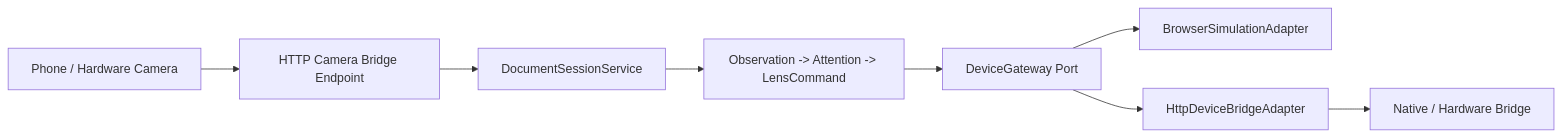
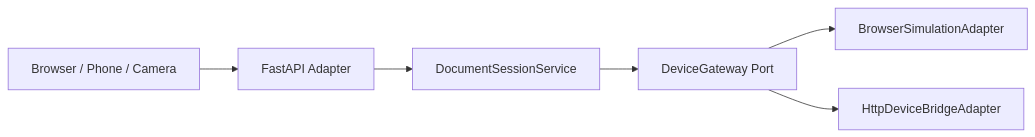
Before and after one commit to renanfulas/neweraglasses: the diagram in docs/architecture/device-adapters.md, drawn with Mermaid. The commit also changed other lines of this file and 13 other files, not shown here.

````diff
--- a/docs/architecture/device-adapters.md
+++ b/docs/architecture/device-adapters.md
@@ -22,10 +41,8 @@
 ```mermaid
 flowchart LR
-    Camera["Phone / Hardware Camera"] --> CameraBridge["HTTP Camera Bridge Endpoint"]
-    CameraBridge --> DocumentService["DocumentSessionService"]
-    DocumentService --> Core["Observation -> Attention -> LensCommand"]
-    Core --> DeviceGateway["DeviceGateway Port"]
+    Camera["Browser / Phone / Camera"] --> HTTP["FastAPI Adapter"]
+    HTTP --> Document["DocumentSessionService"]
+    Document --> DeviceGateway["DeviceGateway Port"]
     DeviceGateway --> Browser["BrowserSimulationAdapter"]
-    DeviceGateway --> HttpBridge["HttpDeviceBridgeAdapter"]
-    HttpBridge --> NativeBridge["Native / Hardware Bridge"]
+    DeviceGateway --> Bridge["HttpDeviceBridgeAdapter"]
 ```
````
